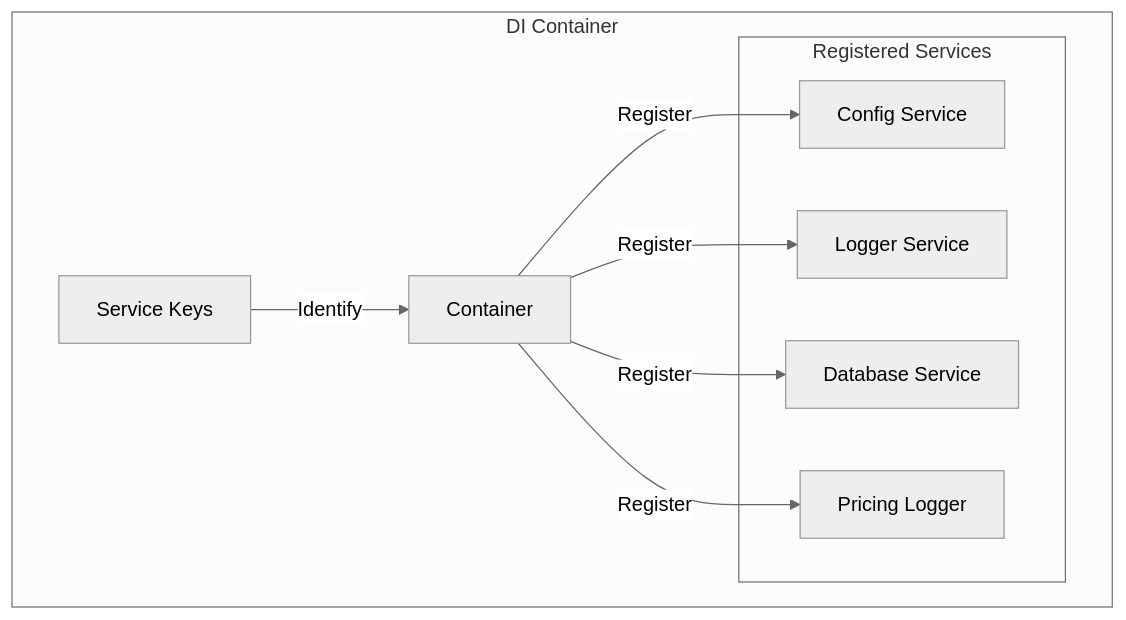
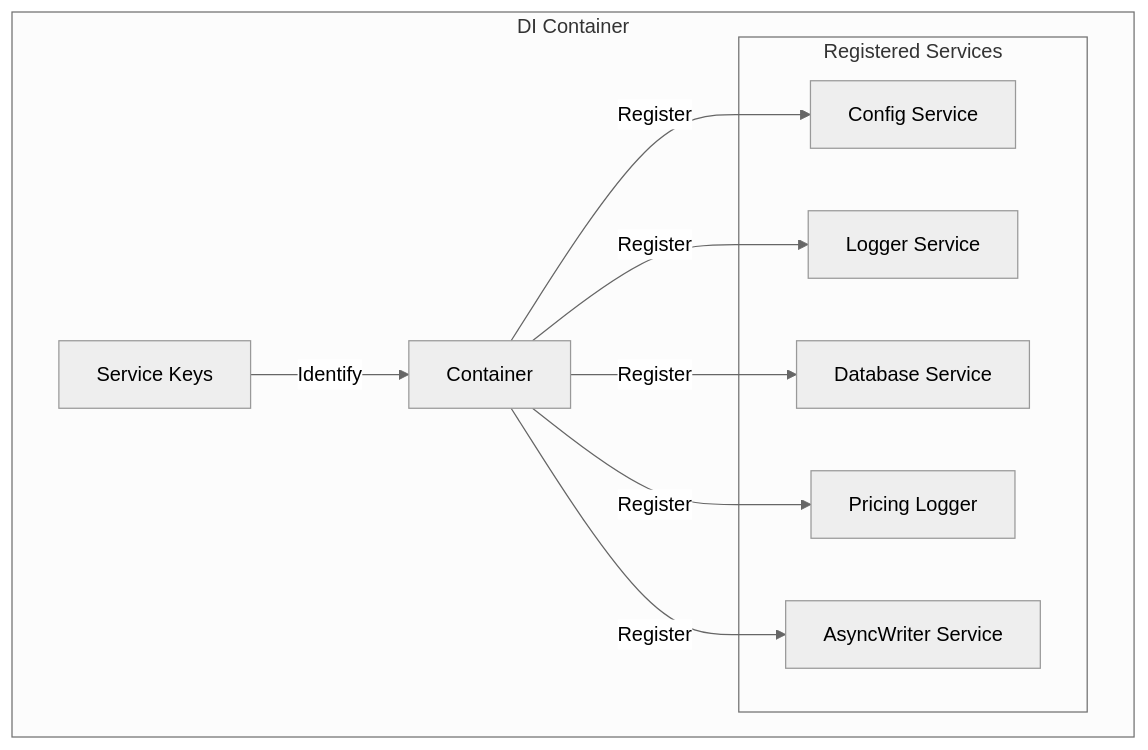
Before and after one commit to tombii/better-ccflare: the ninth of 17 diagrams in docs/architecture.md, drawn with Mermaid (neutral theme). The commit also changed other lines of this file and 13 other files, not shown here.

````diff
--- a/docs/architecture.md
+++ b/docs/architecture.md
@@ -457,20 +481,22 @@
 ```mermaid
 graph TB
     subgraph "DI Container"
         CONT[Container]
         KEYS[Service Keys]
         
         subgraph "Registered Services"
             CFG[Config Service]
             LOG[Logger Service]
             DB[Database Service]
             PRICE[Pricing Logger]
+            ASYNC[AsyncWriter Service]
         end
     end
     
     CONT -->|Register| CFG
     CONT -->|Register| LOG
     CONT -->|Register| DB
     CONT -->|Register| PRICE
+    CONT -->|Register| ASYNC
     KEYS -->|Identify| CONT
 ```
````
